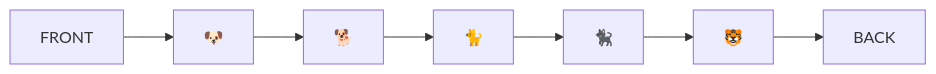
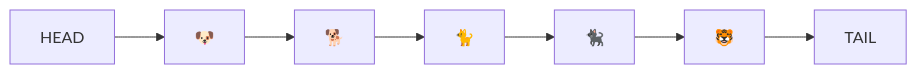
The first of 5 diagrams in javascript/code-challenges/stack-queue-animal-shelter/README.md (rmccrear/data-structures-and-algorithms), drawn with Mermaid before and after one commit. The commit also changed other lines of this file, not shown here.

First line of the commit message:
Fix some issues with the diagram in animal-shelter

````diff
--- a/javascript/code-challenges/stack-queue-animal-shelter/README.md
+++ b/javascript/code-challenges/stack-queue-animal-shelter/README.md
@@ -13,6 +13,6 @@
 ```mermaid
     graph LR
 
-    HEAD[FRONT] --> A["🐶"] -->B["🐕"]-->C["🐈"] --> D["🐈‍⬛"]-->E["🐯"] --> TAIL[BACK]
+    HEAD --> A["🐶"] -->B["🐕"]-->C["🐈"] --> D["🐈‍⬛"]-->E["🐯"] --> TAIL
 
 ```
````
